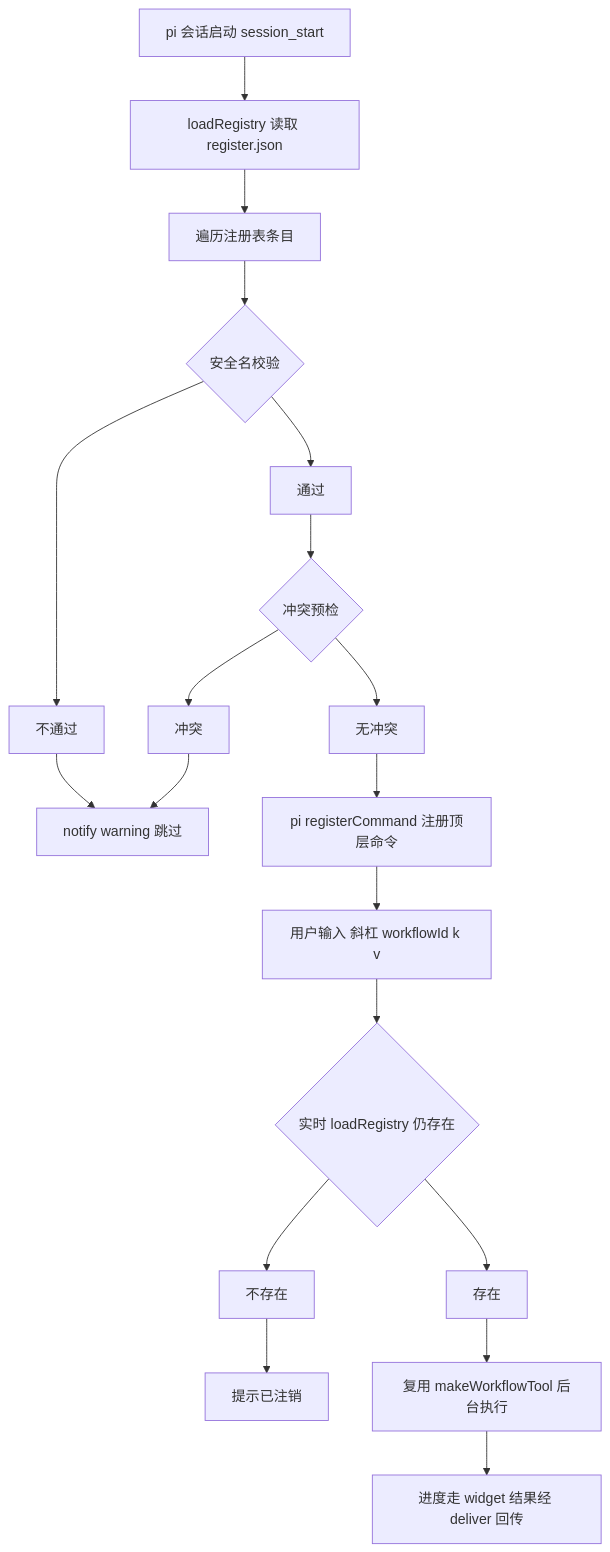
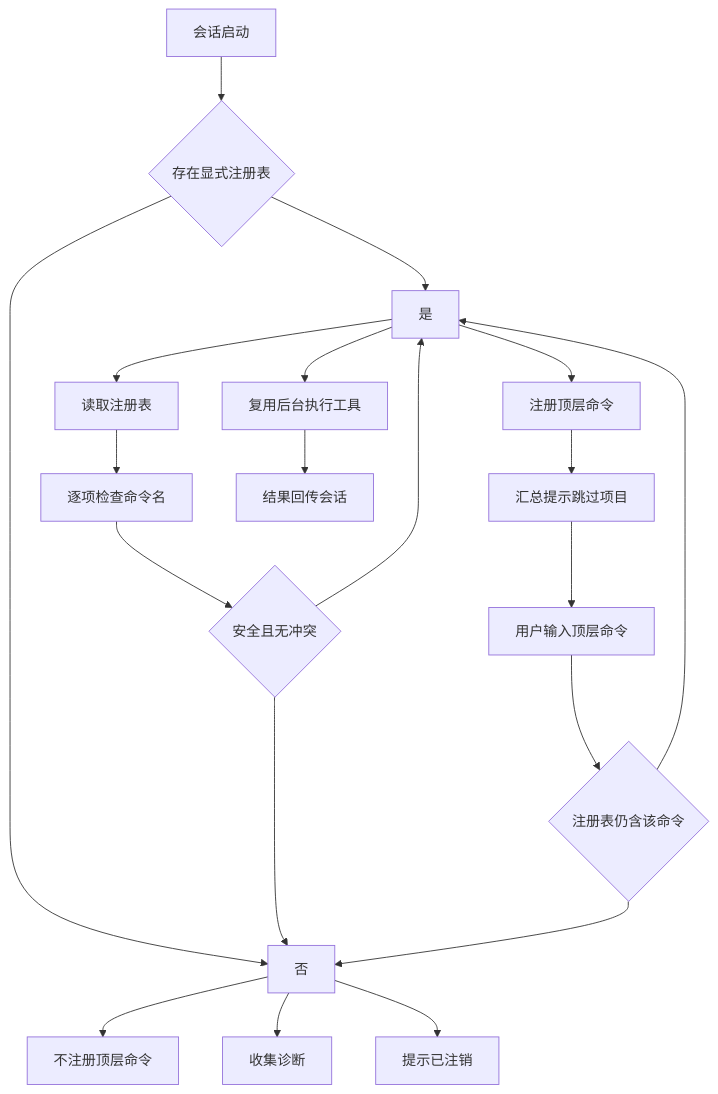
Before and after one commit to mickorz/pi-code-mode: the diagram in dev-docs/planning/2026-11-20-workflow-direct-slash-commands-执行计划.md, drawn with Mermaid. The commit also changed other lines of this file, not shown here.

Commit message:
docs: 评审并修订 workflow 直跑执行计划

````diff
--- a/dev-docs/planning/2026-11-20-workflow-direct-slash-commands-执行计划.md
+++ b/dev-docs/planning/2026-11-20-workflow-direct-slash-commands-执行计划.md
@@ -22,15 +48,16 @@
 ```mermaid
 flowchart TD
-    A[pi 会话启动 session_start] --> B[loadRegistry 读取 register.json]
-    B --> C[遍历注册表条目]
-    C --> D{安全名校验}
-    D --> 不通过 --> E[notify warning 跳过]
-    D --> 通过 --> F{冲突预检}
-    F --> 冲突 --> E
-    F --> 无冲突 --> G[pi registerCommand 注册顶层命令]
-    G --> H[用户输入 斜杠 workflowId k v]
-    H --> I{实时 loadRegistry 仍存在}
-    I --> 不存在 --> J[提示已注销]
-    I --> 存在 --> K[复用 makeWorkflowTool 后台执行]
-    K --> L[进度走 widget 结果经 deliver 回传]
+    A[会话启动] --> B{存在显式注册表}
+    B --> 否 --> C[不注册顶层命令]
+    B --> 是 --> D[读取注册表]
+    D --> E[逐项检查命令名]
+    E --> F{安全且无冲突}
+    F --> 否 --> G[收集诊断]
+    F --> 是 --> H[注册顶层命令]
+    H --> I[汇总提示跳过项目]
+    I --> J[用户输入顶层命令]
+    J --> K{注册表仍含该命令}
+    K --> 否 --> L[提示已注销]
+    K --> 是 --> M[复用后台执行工具]
+    M --> N[结果回传会话]
 ```
````
